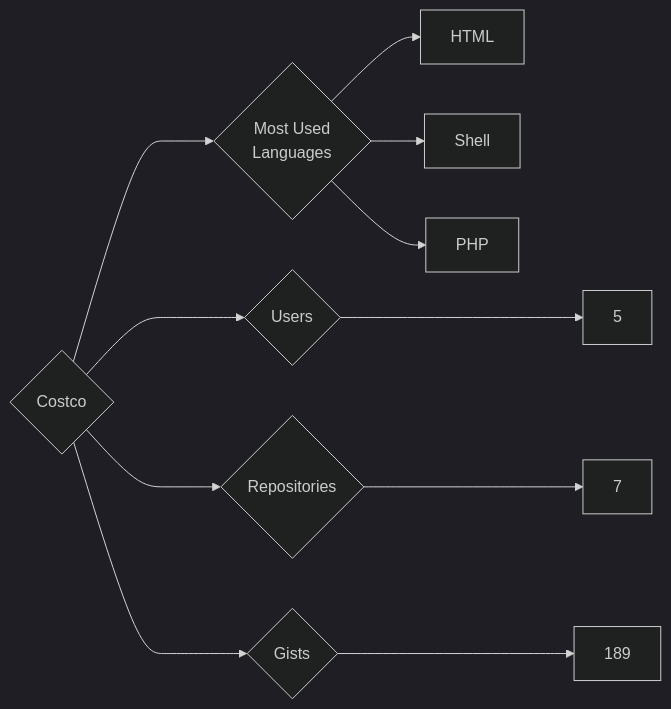
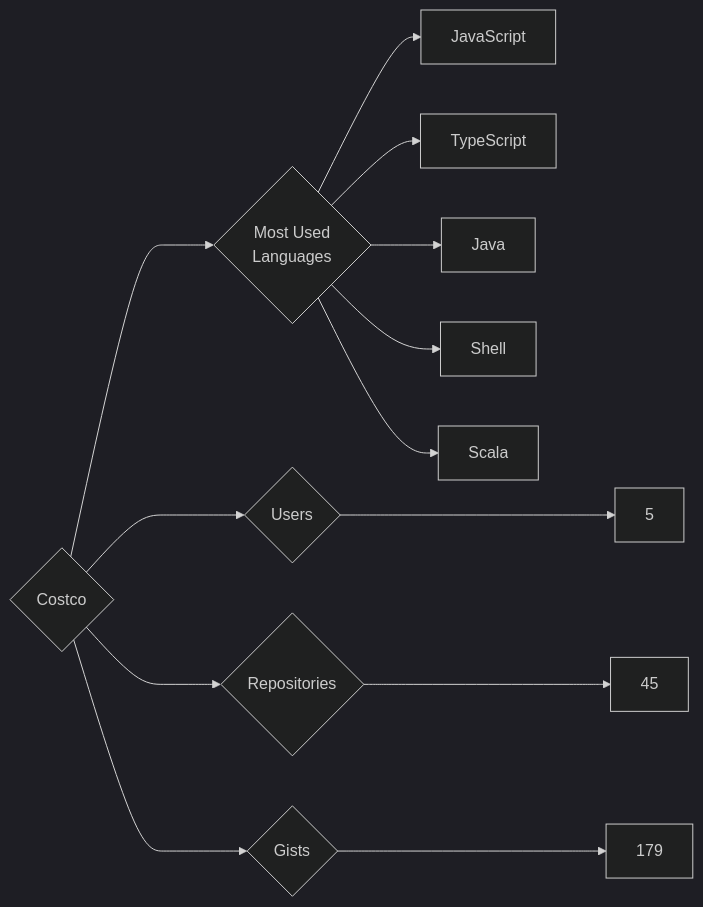
Before and after one commit to trickest/insiders: the diagram in targets/Costco/README.md, drawn with Mermaid (dark theme). The commit also changed 1084 other files, not shown here.

````diff
--- a/targets/Costco/README.md
+++ b/targets/Costco/README.md
@@ -3,11 +3,13 @@
 ```mermaid
 graph LR
 COMPANY_NAME{Costco}
 COMPANY_NAME ---> U{Users} ---> UN[5]
-COMPANY_NAME ---> R{Repositories} ---> RN[7]
-COMPANY_NAME ---> G{Gists} ---> GN[189]
+COMPANY_NAME ---> R{Repositories} ---> RN[45]
+COMPANY_NAME ---> G{Gists} ---> GN[179]
 COMPANY_NAME ---> ML{Most Used<br>Languages}
-ML --> HTML[HTML]
+ML --> JavaScript[JavaScript]
+ML --> TypeScript[TypeScript]
+ML --> Java[Java]
 ML --> Shell[Shell]
-ML --> PHP[PHP]
+ML --> Scala[Scala]
 ```
````
